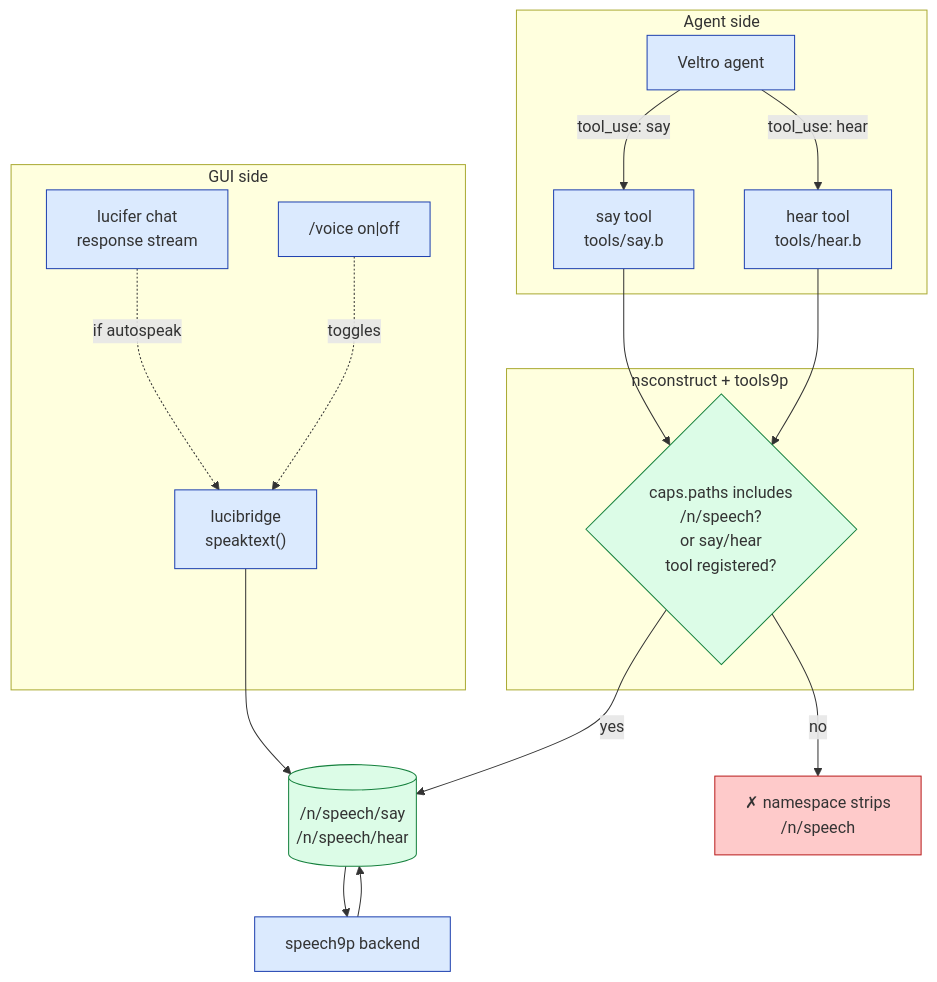
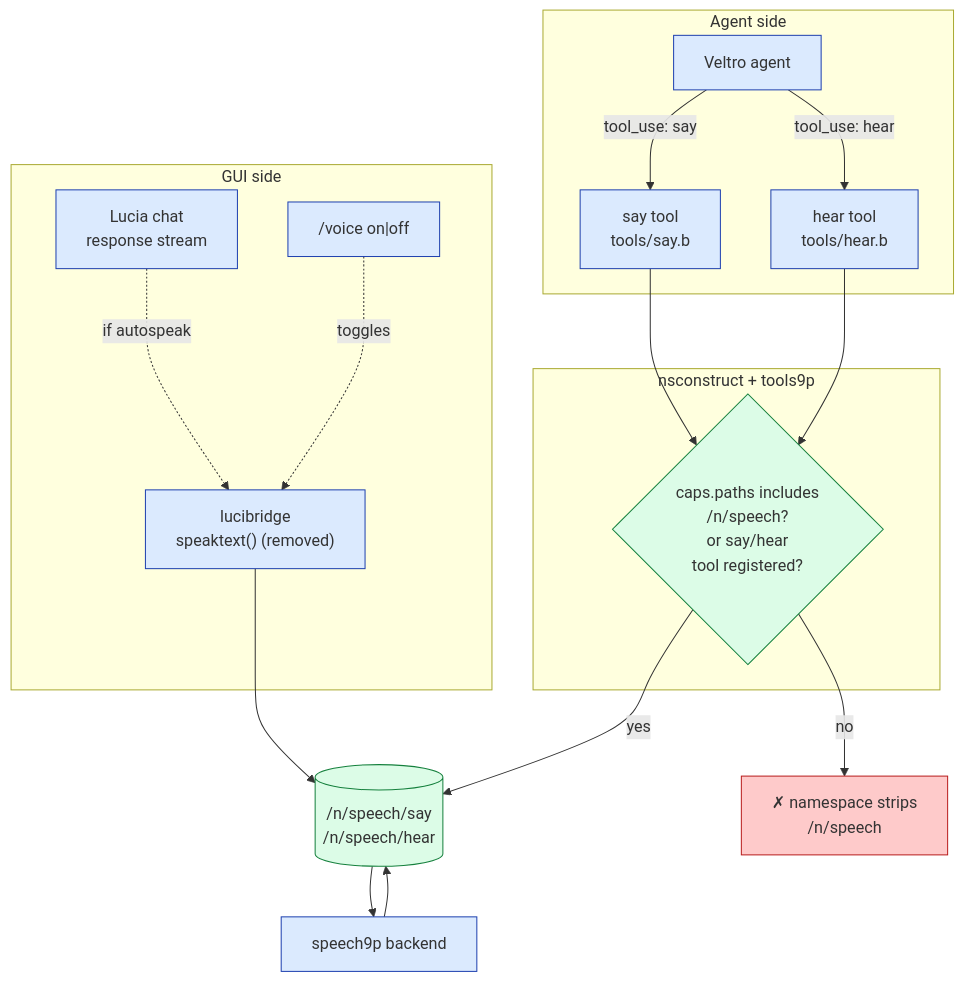
Before and after one commit to infernode-os/infernode: diagram 11 of 16 in docs/SPEECH-ARCHITECTURE.md, drawn with Mermaid. The commit also changed other lines of this file and 18 other files, not shown here.

First line of the commit message:
docs: architecture, Veltro and the LLM seam as they are now

````diff
--- a/docs/SPEECH-ARCHITECTURE.md
+++ b/docs/SPEECH-ARCHITECTURE.md
@@ -409,38 +408,38 @@
 ```mermaid
 flowchart TB
     subgraph agentside["Agent side"]
         agent["Veltro agent"]
         sayTool["say tool<br/>tools/say.b"]
         hearTool["hear tool<br/>tools/hear.b"]
         agent -- "tool_use: say" --> sayTool
         agent -- "tool_use: hear" --> hearTool
     end
 
     subgraph guiside["GUI side"]
-        chat["lucifer chat<br/>response stream"]
-        bridge["lucibridge<br/>speaktext()"]
+        chat["Lucia chat<br/>response stream"]
+        bridge["lucibridge<br/>speaktext() (removed)"]
         slash["/voice on|off"]
         chat -. "if autospeak" .-> bridge
         slash -. toggles .-> bridge
     end
 
     subgraph nsgate["nsconstruct + tools9p"]
         gate{caps.paths includes<br/>/n/speech?<br/>or say/hear<br/>tool registered?}
     end
 
     sayTool --> gate
     hearTool --> gate
     gate -- yes --> mount[("/n/speech/say<br/>/n/speech/hear")]
     gate -- no --> blocked["✗ namespace strips<br/>/n/speech"]
 
     bridge --> mount
     speech9p["speech9p backend"] --> mount
     mount --> speech9p
 
     classDef good fill:#dcfce7,stroke:#15803d
     classDef bad fill:#fecaca,stroke:#b91c1c
     classDef proc fill:#dbeafe,stroke:#1e40af
     class blocked bad
     class mount,gate good
     class agent,sayTool,hearTool,chat,bridge,slash,speech9p proc
 ```
````
